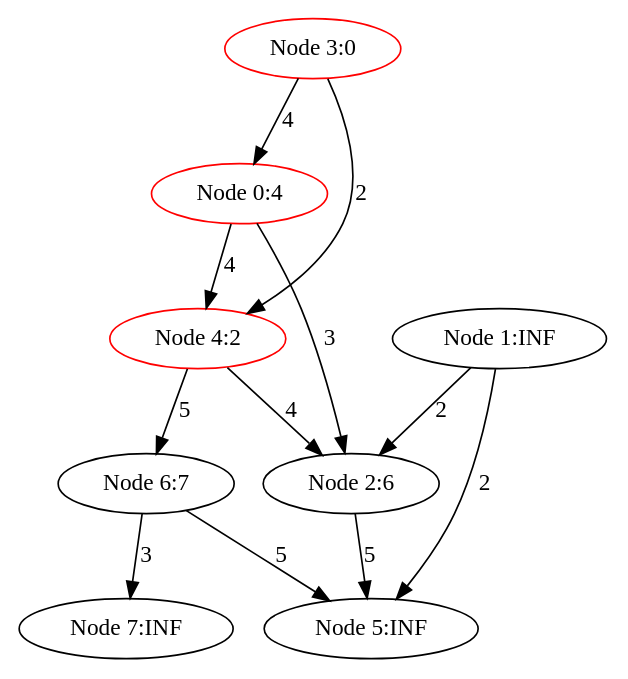
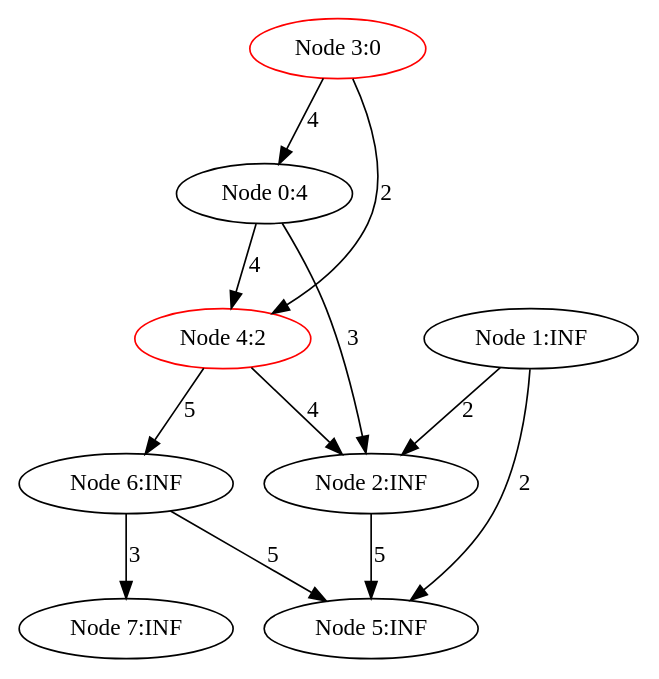
The diagram in Graphs/Dijkstra/images/DijkstraDirected_0003.dot (sheisc/COMP9024), drawn with Graphviz before and after one commit. The commit also changed 44 other files, not shown here.

Commit message:
Upate Graphs/Dijkstra

```diff
--- a/Graphs/Dijkstra/images/DijkstraDirected_0003.dot
+++ b/Graphs/Dijkstra/images/DijkstraDirected_0003.dot
@@ -1,21 +1,21 @@
 digraph DijkstraDirected {
-"Node 0:4" -> {"Node 2:6"} [label="3"]
+"Node 0:4" -> {"Node 2:INF"} [label="3"]
 "Node 0:4" -> {"Node 4:2"} [label="4"]
-"Node 1:INF" -> {"Node 2:6"} [label="2"]
+"Node 1:INF" -> {"Node 2:INF"} [label="2"]
 "Node 1:INF" -> {"Node 5:INF"} [label="2"]
-"Node 2:6" -> {"Node 5:INF"} [label="5"]
+"Node 2:INF" -> {"Node 5:INF"} [label="5"]
 "Node 3:0" -> {"Node 0:4"} [label="4"]
 "Node 3:0" -> {"Node 4:2"} [label="2"]
-"Node 4:2" -> {"Node 2:6"} [label="4"]
-"Node 4:2" -> {"Node 6:7"} [label="5"]
-"Node 6:7" -> {"Node 5:INF"} [label="5"]
-"Node 6:7" -> {"Node 7:INF"} [label="3"]
-"Node 0:4" [color=red]
+"Node 4:2" -> {"Node 2:INF"} [label="4"]
+"Node 4:2" -> {"Node 6:INF"} [label="5"]
+"Node 6:INF" -> {"Node 5:INF"} [label="5"]
+"Node 6:INF" -> {"Node 7:INF"} [label="3"]
+"Node 0:4"
 "Node 1:INF"
-"Node 2:6"
+"Node 2:INF"
 "Node 3:0" [color=red]
 "Node 4:2" [color=red]
 "Node 5:INF"
-"Node 6:7"
+"Node 6:INF"
 "Node 7:INF"
 }
```
